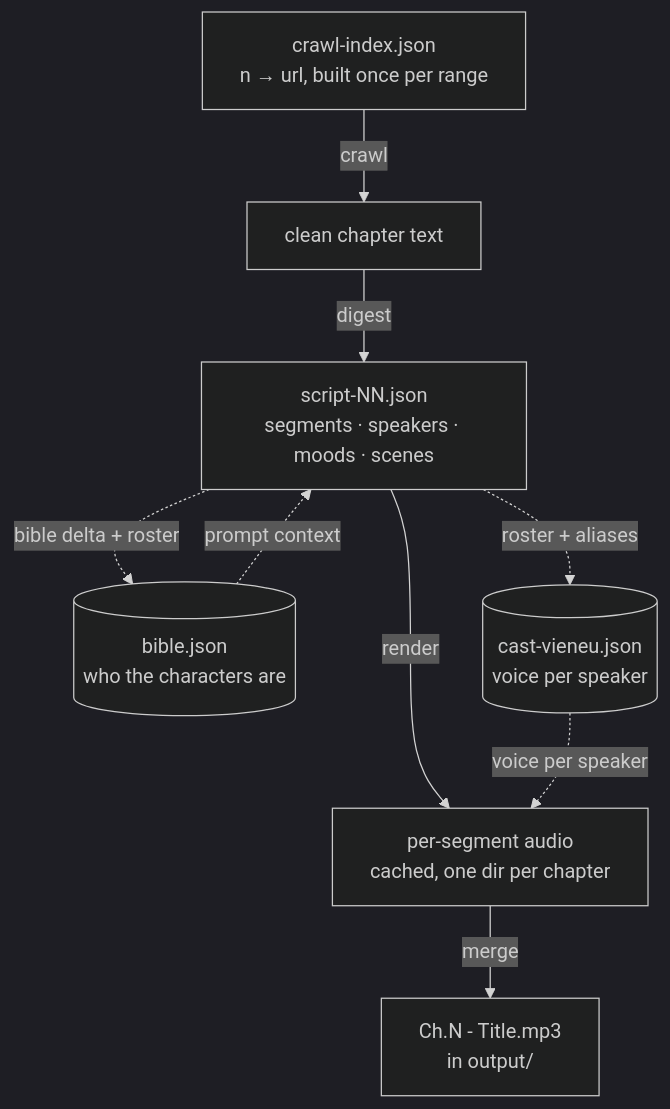
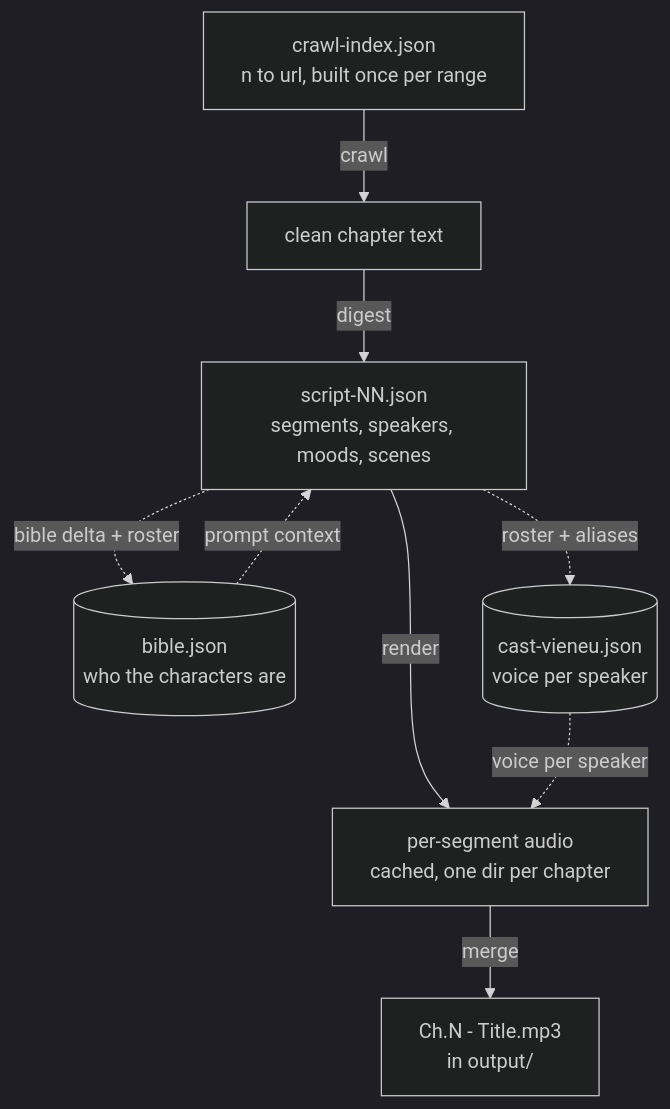
One commit to lhuthng/storycast changed the first of 3 diagrams in README.md. Above: the diagram before and after it, drawn with Mermaid (dark theme). The commit also changed other lines of this file and 8 other files, not shown here.

````diff
--- a/README.md
+++ b/README.md
@@ -101,11 +110,11 @@
 ```mermaid
 flowchart TB
-    IDX["crawl-index.json<br/>n → url, built once per range"] -->|crawl| TEXT["clean chapter text"]
-    TEXT -->|digest| SCRIPT["script-NN.json<br/>segments · speakers · moods · scenes"]
+    IDX["crawl-index.json<br/>n to url, built once per range"] -->|crawl| TEXT["clean chapter text"]
+    TEXT -->|digest| SCRIPT["script-NN.json<br/>segments, speakers, moods, scenes"]
     BIBLE[("bible.json<br/>who the characters are")] -.->|"prompt context"| SCRIPT
     SCRIPT -.->|"bible delta + roster"| BIBLE
     SCRIPT -.->|"roster + aliases"| CAST[("cast-vieneu.json<br/>voice per speaker")]
     SCRIPT -->|render| SEGS["per-segment audio<br/>cached, one dir per chapter"]
     CAST -.->|"voice per speaker"| SEGS
     SEGS -->|merge| OUT["Ch.N - Title.mp3<br/>in output/"]
 ```
````
